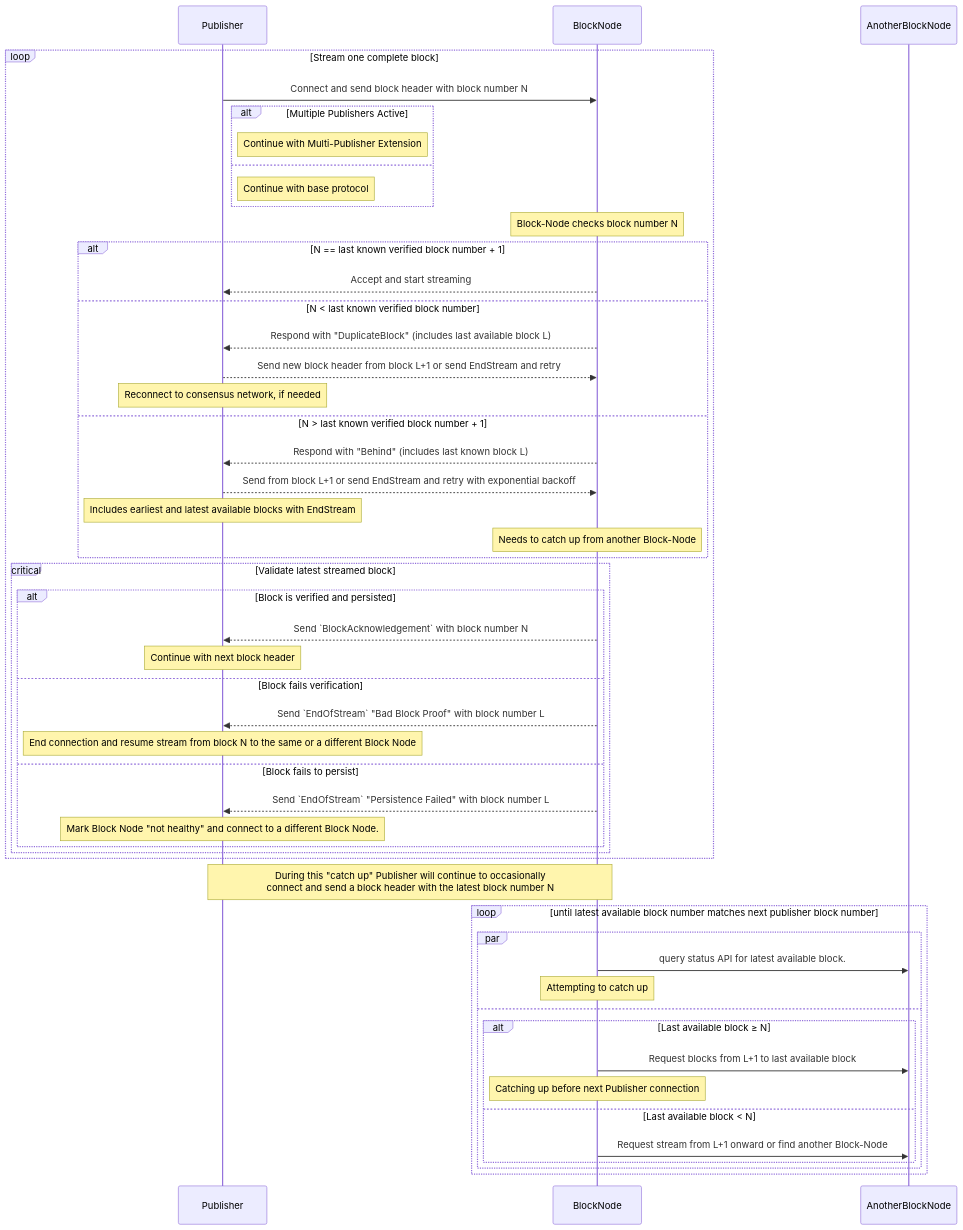
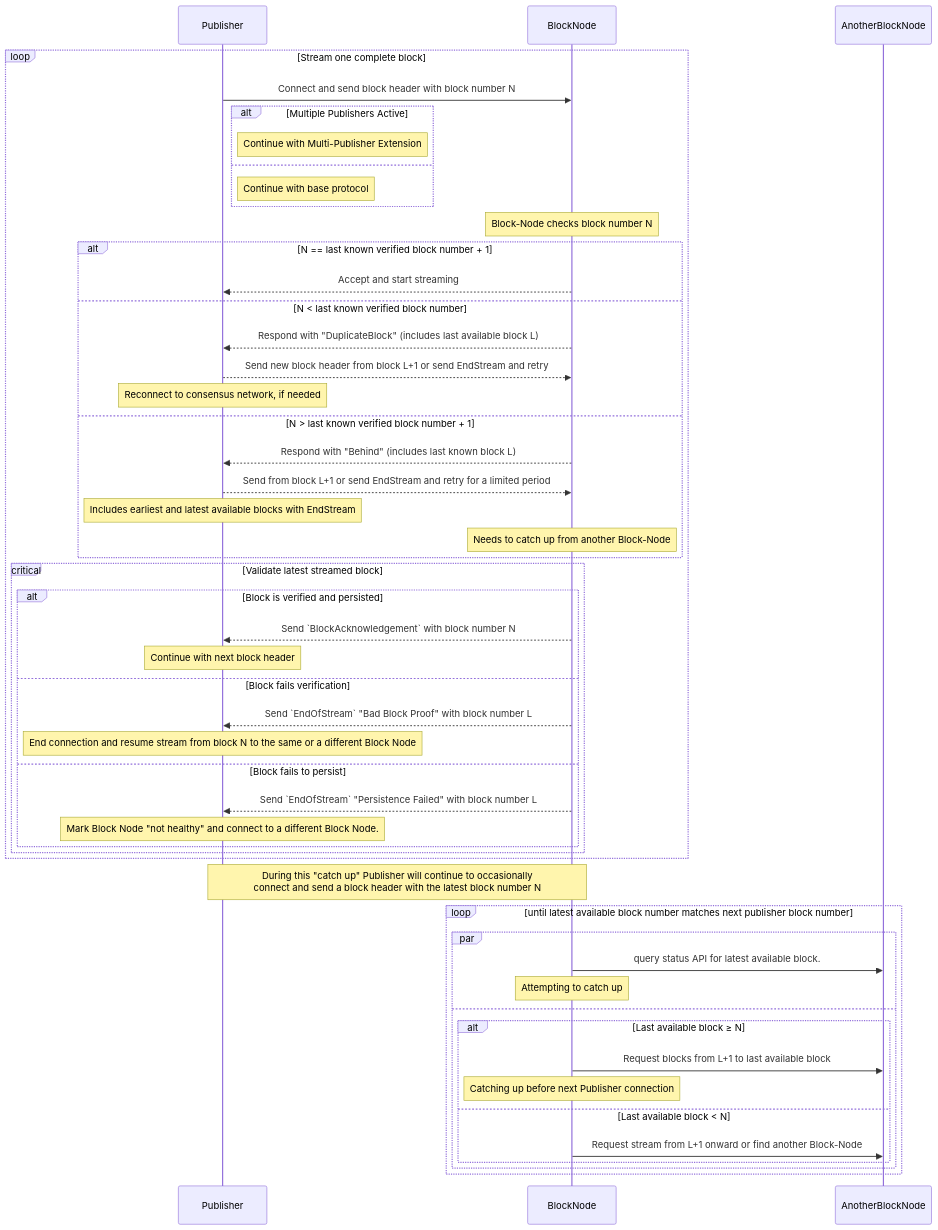
The second of 3 diagrams in HIP/hip-1081.md (hiero-ledger/hiero-improvement-proposals), drawn with Mermaid before and after one commit. The commit also changed other lines of this file, not shown here.

````diff
--- a/HIP/hip-1081.md
+++ b/HIP/hip-1081.md
@@ -688,55 +694,55 @@
 ```mermaid
 sequenceDiagram
   participant Publisher
   participant BlockNode
   participant AnotherBlockNode
 
   loop Stream one complete block
     Publisher->>BlockNode: Connect and send block header with block number N
     alt Multiple Publishers Active
       Note right of Publisher: Continue with Multi-Publisher Extension
     else
       Note right of Publisher: Continue with base protocol
     end
     Note over BlockNode: Block-Node checks block number N
     alt N == last known verified block number + 1
       BlockNode-->>Publisher: Accept and start streaming
     else N < last known verified block number
       BlockNode-->>Publisher: Respond with "DuplicateBlock" (includes last available block L)
       Publisher-->>BlockNode: Send new block header from block L+1 or send EndStream and retry
       Note over Publisher: Reconnect to consensus network, if needed
     else N > last known verified block number + 1
       BlockNode-->>Publisher: Respond with "Behind" (includes last known block L)
-      Publisher-->>BlockNode: Send from block L+1 or send EndStream and retry with exponential backoff
+      Publisher-->>BlockNode: Send from block L+1 or send EndStream and retry for a limited period
       Note over Publisher: Includes earliest and latest available blocks with EndStream
       Note over BlockNode: Needs to catch up from another Block-Node
     end
     critical Validate latest streamed block
       alt Block is verified and persisted
         BlockNode-->>Publisher: Send `BlockAcknowledgement` with block number N
         Note over Publisher: Continue with next block header
       else Block fails verification
         BlockNode-->>Publisher: Send `EndOfStream` "Bad Block Proof" with block number L
         Note over Publisher: End connection and resume stream from block N to the same or a different Block Node
       else Block fails to persist
         BlockNode-->>Publisher: Send `EndOfStream` "Persistence Failed" with block number L
         Note over Publisher: Mark Block Node "not healthy" and connect to a different Block Node.
       end
     end
   end
 
   Note over Publisher,BlockNode: During this "catch up" Publisher will continue to occasionally<br/>connect and send a block header with the latest block number N
   loop until latest available block number matches next publisher block number
     par
       BlockNode->>AnotherBlockNode: query status API for latest available block.
       Note over BlockNode: Attempting to catch up
     and
       alt Last available block ≥ N
         BlockNode->>AnotherBlockNode: Request blocks from L+1 to last available block
         Note over BlockNode: Catching up before next Publisher connection
       else Last available block < N
         BlockNode->>AnotherBlockNode: Request stream from L+1 onward or find another Block-Node
       end
     end
   end
 ```
````
